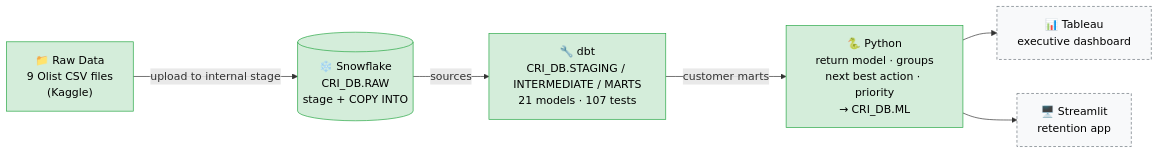
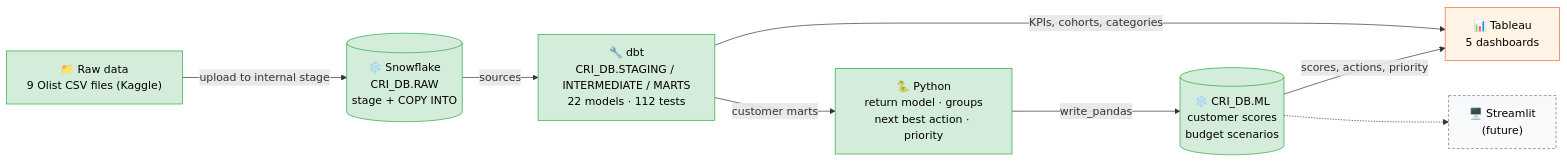
Before and after one commit to methirishika16/customer-retention-intelligence-platform: the diagram in docs/architecture.md, drawn with Mermaid. The commit also changed other lines of this file and 21 other files, not shown here.

First line of the commit message:
Sprint 4: cohort model, Tableau workbook generator and data export, portfolio README

````diff
--- a/docs/architecture.md
+++ b/docs/architecture.md
@@ -3,20 +3,25 @@
 ```mermaid
 flowchart LR
-    A["📁 Raw Data<br/>9 Olist CSV files<br/>(Kaggle)"]
+    A["📁 Raw data<br/>9 Olist CSV files (Kaggle)"]
     B[("❄️ Snowflake<br/>CRI_DB.RAW<br/>stage + COPY INTO")]
-    C["🔧 dbt<br/>CRI_DB.STAGING / INTERMEDIATE / MARTS<br/>21 models · 107 tests"]
-    D["🐍 Python<br/>return model · groups<br/>next best action · priority<br/>→ CRI_DB.ML"]
-    E["📊 Tableau<br/>executive dashboard"]
-    F["🖥️ Streamlit<br/>retention app"]
+    C["🔧 dbt<br/>CRI_DB.STAGING / INTERMEDIATE / MARTS<br/>22 models · 112 tests"]
+    D["🐍 Python<br/>return model · groups<br/>next best action · priority"]
+    E[("❄️ CRI_DB.ML<br/>customer scores<br/>budget scenarios")]
+    F["📊 Tableau<br/>5 dashboards"]
+    G["🖥️ Streamlit<br/>(future)"]
 
     A -->|"upload to internal stage"| B
     B -->|"sources"| C
     C -->|"customer marts"| D
-    D --> E
-    D --> F
+    D -->|"write_pandas"| E
+    C -->|"KPIs, cohorts, categories"| F
+    E -->|"scores, actions, priority"| F
+    E -.-> G
 
     classDef done fill:#d4edda,stroke:#28a745,color:#000
+    classDef build fill:#fff4e5,stroke:#eb6834,color:#000
     classDef next fill:#f8f9fa,stroke:#6c757d,color:#000,stroke-dasharray: 4 3
-    class A,B,C,D done
-    class E,F next
+    class A,B,C,D,E done
+    class F build
+    class G next
 ```
````
